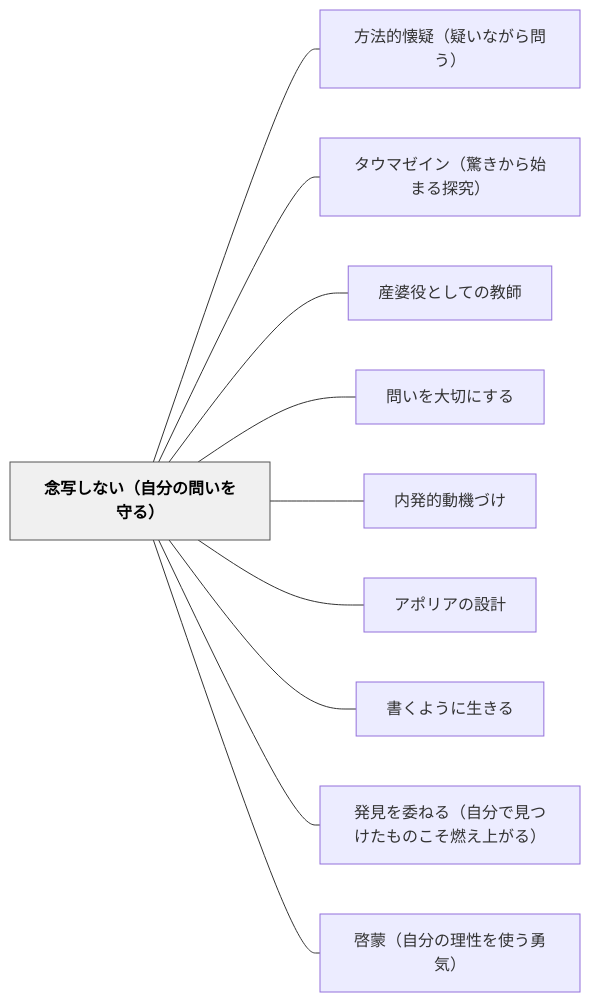
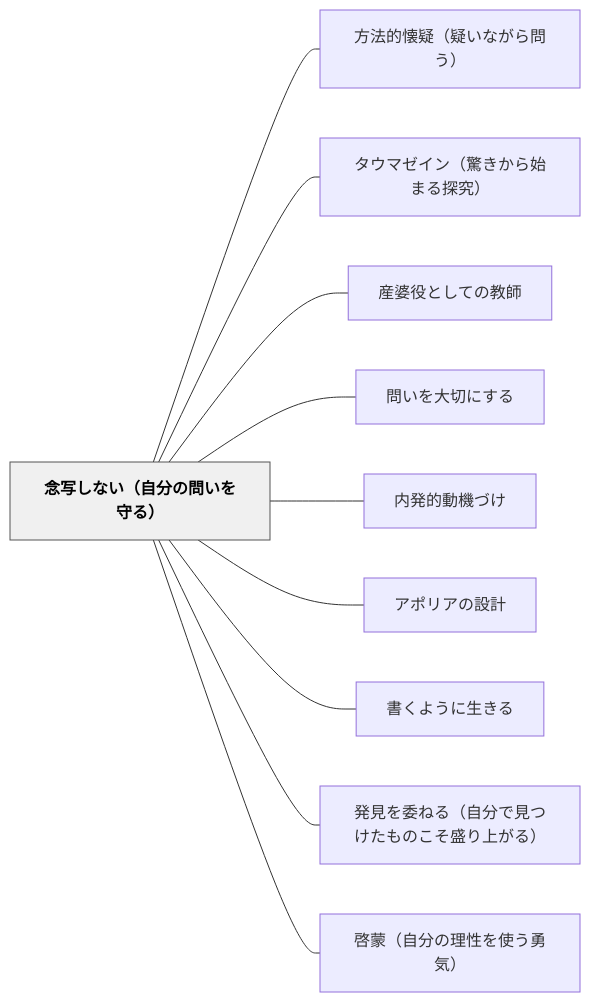
The diagram in content/パタン/念写しない（自分の問いを守る）.md (unknownthings-ed-patterns/unknownthings-ed-patterns), drawn with Mermaid before and after one commit. The commit also changed other lines of this file and 36 other files, not shown here.

````diff
--- a/content/パタン/念写しない（自分の問いを守る）.md
+++ b/content/パタン/念写しない（自分の問いを守る）.md
@@ -130,26 +130,26 @@
 ```mermaid
 flowchart LR
     ne5bfb5e58699e38197e381aae38184efbc88e887aae58886e381aee5958fe38184e38292e5ae88e3828befbc89["念写しない（自分の問いを守る）"]
     ne696b9e6b395e79a84e68790e79691efbc88e79691e38184e381aae3818ce38289e5958fe38186efbc89["方法的懐疑（疑いながら問う）"]
     ne382bfe382a6e3839ee382bce382a4e383b3efbc88e9a99ae3818de3818be38289e5a78be381bee3828be68ea2e7a9b6efbc89["タウマゼイン（驚きから始まる探究）"]
     ne794a3e5a986e5bdb9e381a8e38197e381a6e381aee69599e5b8ab["産婆役としての教師"]
     ne5958fe38184e38292e5a4a7e58887e381abe38199e3828b["問いを大切にする"]
     ne58685e799bae79a84e58b95e6a99fe381a5e38191["内発的動機づけ"]
     ne382a2e3839de383aae382a2e381aee8a8ade8a888["アポリアの設計"]
     ne69bb8e3818fe38288e38186e381abe7949fe3818de3828b["書くように生きる"]
-    ne799bae8a68be38292e5a794e381ade3828befbc88e887aae58886e381a7e8a68be381a4e38191e3819fe38282e381aee38193e3819de78783e38188e4b88ae3818ce3828befbc89["発見を委ねる（自分で見つけたものこそ燃え上がる）"]
+    ne799bae8a68be38292e5a794e381ade3828befbc88e887aae58886e381a7e8a68be381a4e38191e3819fe38282e381aee38193e3819de79b9be3828ae4b88ae3818ce3828befbc89["発見を委ねる（自分で見つけたものこそ盛り上がる）"]
     ne59593e89299efbc88e887aae58886e381aee79086e680a7e38292e4bdbfe38186e58b87e6b097efbc89["啓蒙（自分の理性を使う勇気）"]
 
     ne5bfb5e58699e38197e381aae38184efbc88e887aae58886e381aee5958fe38184e38292e5ae88e3828befbc89 --- ne696b9e6b395e79a84e68790e79691efbc88e79691e38184e381aae3818ce38289e5958fe38186efbc89
     ne5bfb5e58699e38197e381aae38184efbc88e887aae58886e381aee5958fe38184e38292e5ae88e3828befbc89 --- ne382bfe382a6e3839ee382bce382a4e383b3efbc88e9a99ae3818de3818be38289e5a78be381bee3828be68ea2e7a9b6efbc89
     ne5bfb5e58699e38197e381aae38184efbc88e887aae58886e381aee5958fe38184e38292e5ae88e3828befbc89 --- ne794a3e5a986e5bdb9e381a8e38197e381a6e381aee69599e5b8ab
     ne5bfb5e58699e38197e381aae38184efbc88e887aae58886e381aee5958fe38184e38292e5ae88e3828befbc89 --- ne5958fe38184e38292e5a4a7e58887e381abe38199e3828b
     ne5bfb5e58699e38197e381aae38184efbc88e887aae58886e381aee5958fe38184e38292e5ae88e3828befbc89 --- ne58685e799bae79a84e58b95e6a99fe381a5e38191
     ne5bfb5e58699e38197e381aae38184efbc88e887aae58886e381aee5958fe38184e38292e5ae88e3828befbc89 --- ne382a2e3839de383aae382a2e381aee8a8ade8a888
     ne5bfb5e58699e38197e381aae38184efbc88e887aae58886e381aee5958fe38184e38292e5ae88e3828befbc89 --- ne69bb8e3818fe38288e38186e381abe7949fe3818de3828b
-    ne5bfb5e58699e38197e381aae38184efbc88e887aae58886e381aee5958fe38184e38292e5ae88e3828befbc89 --- ne799bae8a68be38292e5a794e381ade3828befbc88e887aae58886e381a7e8a68be381a4e38191e3819fe38282e381aee38193e3819de78783e38188e4b88ae3818ce3828befbc89
+    ne5bfb5e58699e38197e381aae38184efbc88e887aae58886e381aee5958fe38184e38292e5ae88e3828befbc89 --- ne799bae8a68be38292e5a794e381ade3828befbc88e887aae58886e381a7e8a68be381a4e38191e3819fe38282e381aee38193e3819de79b9be3828ae4b88ae3818ce3828befbc89
     ne5bfb5e58699e38197e381aae38184efbc88e887aae58886e381aee5958fe38184e38292e5ae88e3828befbc89 --- ne59593e89299efbc88e887aae58886e381aee79086e680a7e38292e4bdbfe38186e58b87e6b097efbc89
 
     classDef hub fill:#f0f0f0,stroke:#555,color:#000,font-weight:bold
     class ne5bfb5e58699e38197e381aae38184efbc88e887aae58886e381aee5958fe38184e38292e5ae88e3828befbc89 hub
 ```
````
